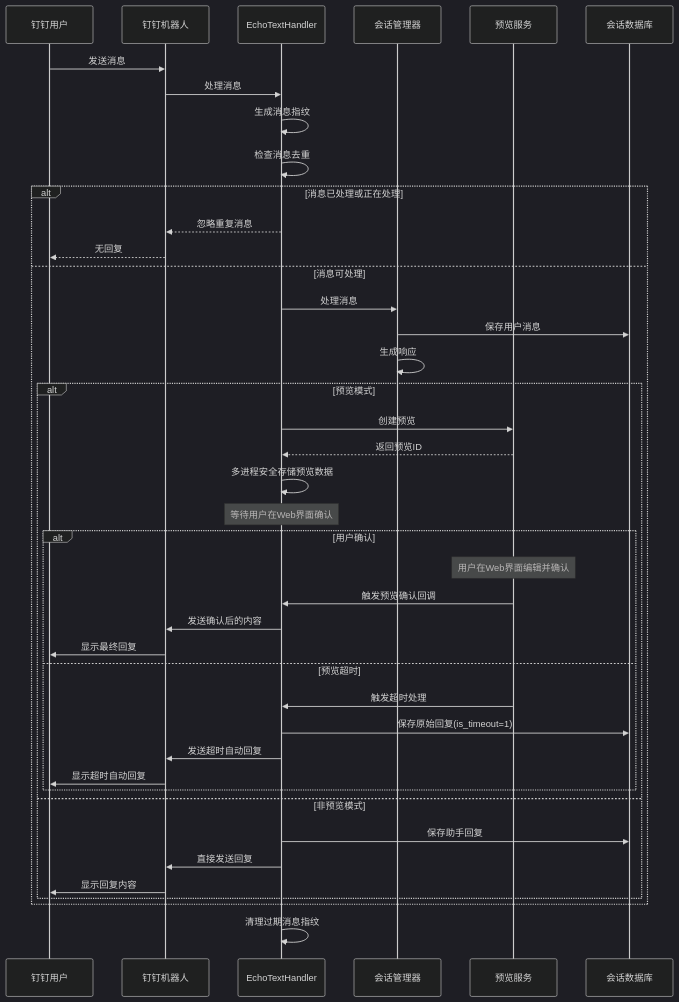
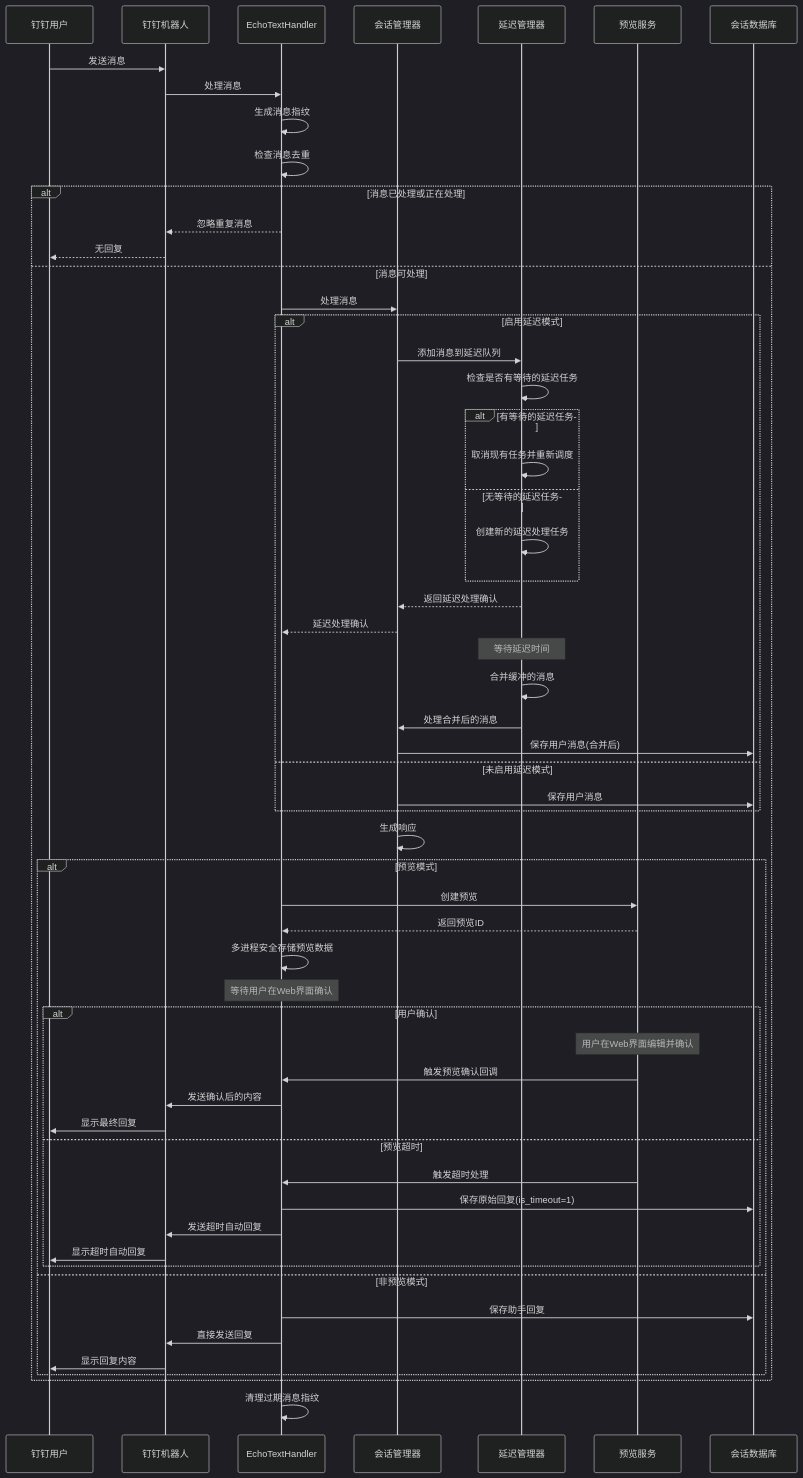
Before and after one commit to eogee/any4any: the third of 4 diagrams in docs/会话管理系统说明文档.md, drawn with Mermaid (dark theme). The commit also changed other lines of this file and 1 other file, not shown here.

````diff
--- a/docs/会话管理系统说明文档.md
+++ b/docs/会话管理系统说明文档.md
@@ -133,48 +164,68 @@
 ```mermaid
 sequenceDiagram
     participant DD as 钉钉用户
     participant Bot as 钉钉机器人
     participant EH as EchoTextHandler
     participant CM as 会话管理器
+    participant DM as 延迟管理器
     participant PS as 预览服务
     participant DB as 会话数据库
     
     DD->>Bot: 发送消息
     Bot->>EH: 处理消息
     
     EH->>EH: 生成消息指纹
     EH->>EH: 检查消息去重
     alt 消息已处理或正在处理
         EH-->>Bot: 忽略重复消息
         Bot-->>DD: 无回复
     else 消息可处理
         EH->>CM: 处理消息
-        CM->>DB: 保存用户消息
+        
+        alt 启用延迟模式
+            CM->>DM: 添加消息到延迟队列
+            DM->>DM: 检查是否有等待的延迟任务
+            alt 有等待的延迟任务
+                DM->>DM: 取消现有任务并重新调度
+            else 无等待的延迟任务
+                DM->>DM: 创建新的延迟处理任务
+            end
+            DM-->>CM: 返回延迟处理确认
+            CM-->>EH: 延迟处理确认
+            
+            Note over DM: 等待延迟时间
+            DM->>DM: 合并缓冲的消息
+            DM->>CM: 处理合并后的消息
+            CM->>DB: 保存用户消息(合并后)
+        else 未启用延迟模式
+            CM->>DB: 保存用户消息
+        end
+        
         CM->>CM: 生成响应
         
         alt 预览模式
             EH->>PS: 创建预览
             PS-->>EH: 返回预览ID
             EH->>EH: 多进程安全存储预览数据
             Note over EH: 等待用户在Web界面确认
             
             alt 用户确认
                 Note over PS: 用户在Web界面编辑并确认
                 PS->>EH: 触发预览确认回调
                 EH->>Bot: 发送确认后的内容
                 Bot->>DD: 显示最终回复
             else 预览超时
                 PS->>EH: 触发超时处理
                 EH->>DB: 保存原始回复(is_timeout=1)
                 EH->>Bot: 发送超时自动回复
                 Bot->>DD: 显示超时自动回复
             end
         else 非预览模式
             EH->>DB: 保存助手回复
             EH->>Bot: 直接发送回复
             Bot->>DD: 显示回复内容
         end
     end
     
     EH->>EH: 清理过期消息指纹
 ```
````
